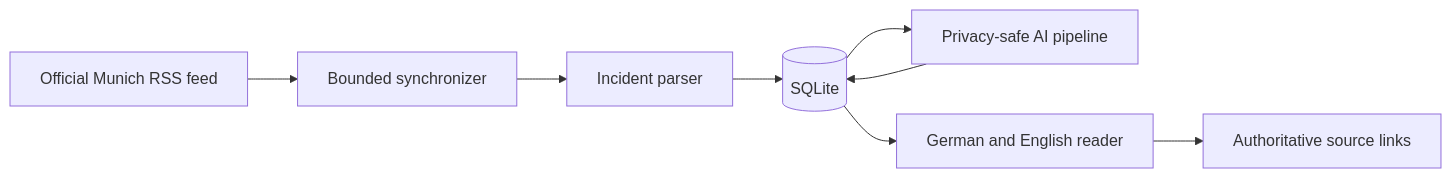
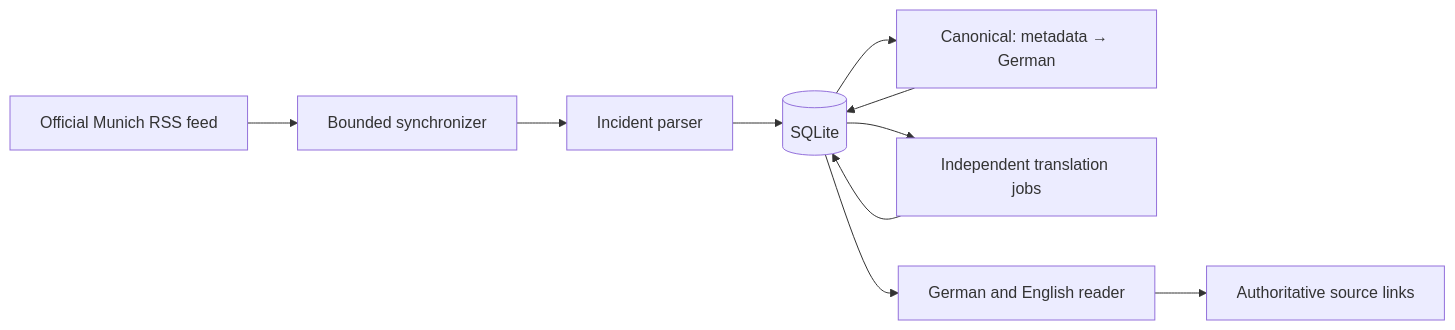
One commit to egekocabas/munichbrief changed the diagram in README.md. Above: the diagram before and after it, drawn with Mermaid. The commit also changed other lines of this file and 51 other files, not shown here.

Commit message:
feat(ai): add metadata-first incident pipeline (#19)

````diff
--- a/README.md
+++ b/README.md
@@ -66,10 +67,12 @@
 ```mermaid
 flowchart LR
     RSS["Official Munich RSS feed"] --> Sync["Bounded synchronizer"]
     Sync --> Parser["Incident parser"]
     Parser --> DB[("SQLite")]
-    DB --> Pipeline["Privacy-safe AI pipeline"]
+	DB --> Pipeline["Canonical: metadata → German"]
     Pipeline --> DB
+	DB --> Translation["Independent translation jobs"]
+	Translation --> DB
     DB --> Reader["German and English reader"]
     Reader --> Source["Authoritative source links"]
 ```
````
